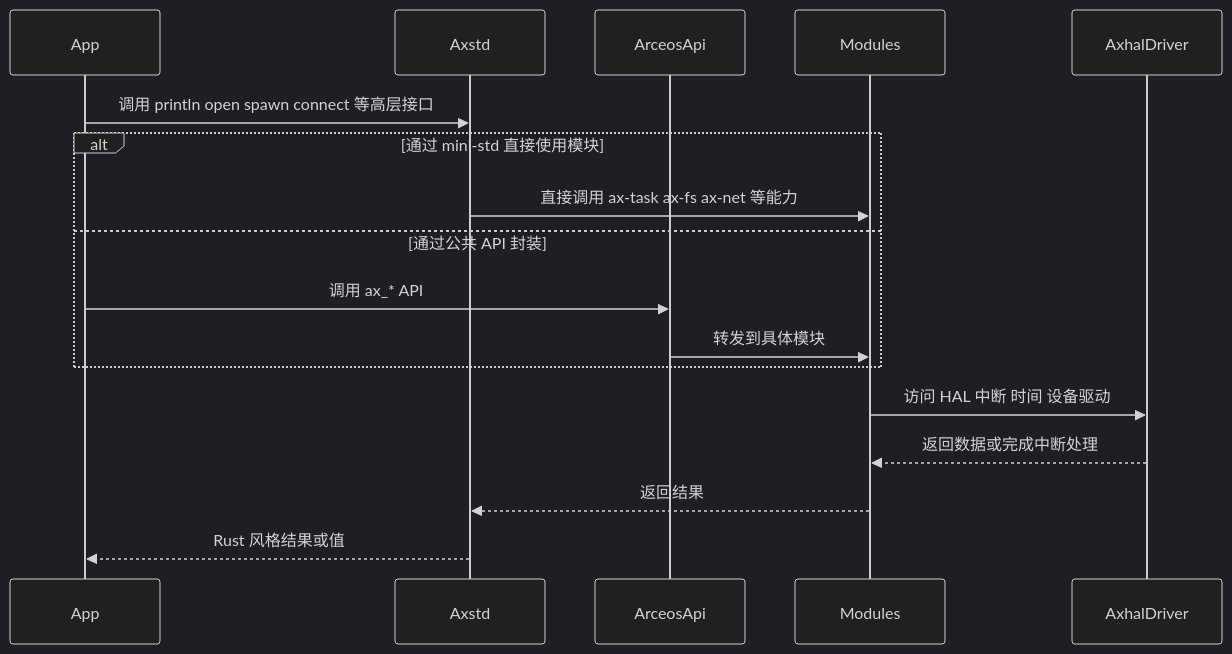
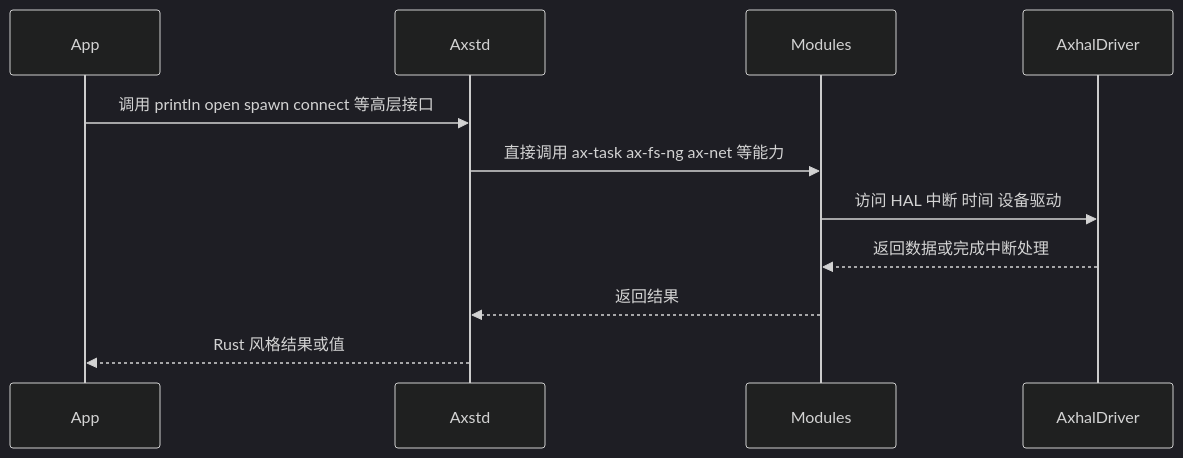
The third of 5 diagrams in docs/docs/architecture/arceos.md (rcore-os/tgoskits), drawn with Mermaid (dark theme) before and after one commit. The commit also changed other lines of this file and 130 other files, not shown here.

Commit message:
Remove `ax-api` and `ax-posix-api` crates, making `axstd` and `axlibc` directly depend on ArceOS modules

````diff
--- a/docs/docs/architecture/arceos.md
+++ b/docs/docs/architecture/arceos.md
@@ -181,20 +172,14 @@
 ```mermaid
 sequenceDiagram
     participant App
     participant Axstd
-    participant ArceosApi
     participant Modules
     participant AxhalDriver
 
     App->>Axstd: 调用 println open spawn connect 等高层接口
-    alt 通过 mini-std 直接使用模块
-        Axstd->>Modules: 直接调用 ax-task ax-fs ax-net 等能力
-    else 通过公共 API 封装
-        App->>ArceosApi: 调用 ax_* API
-        ArceosApi->>Modules: 转发到具体模块
-    end
+    Axstd->>Modules: 直接调用 ax-task ax-fs-ng ax-net 等能力
     Modules->>AxhalDriver: 访问 HAL 中断 时间 设备驱动
     AxhalDriver-->>Modules: 返回数据或完成中断处理
     Modules-->>Axstd: 返回结果
     Axstd-->>App: Rust 风格结果或值
 ```
````
